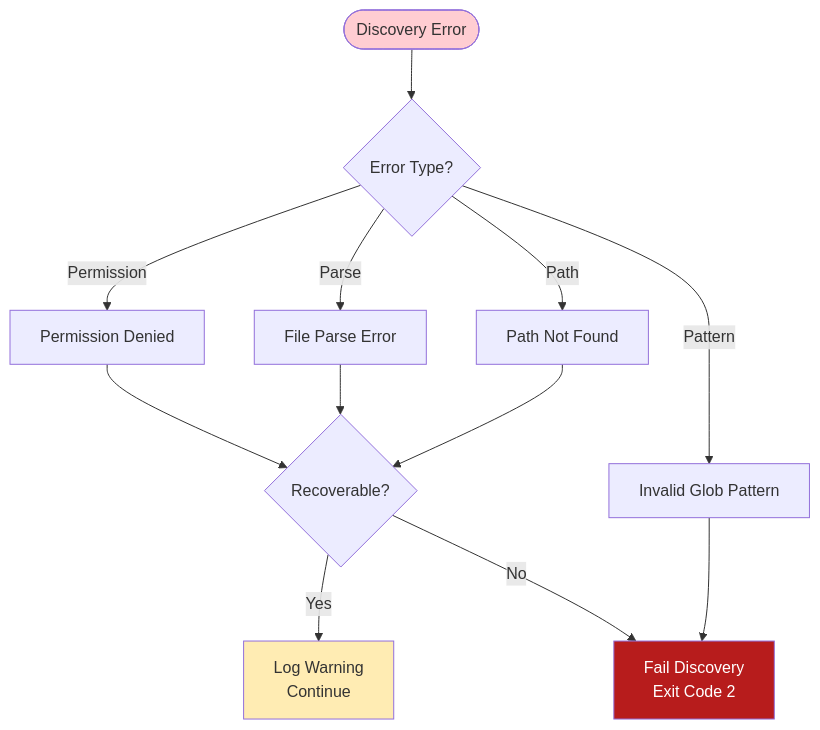
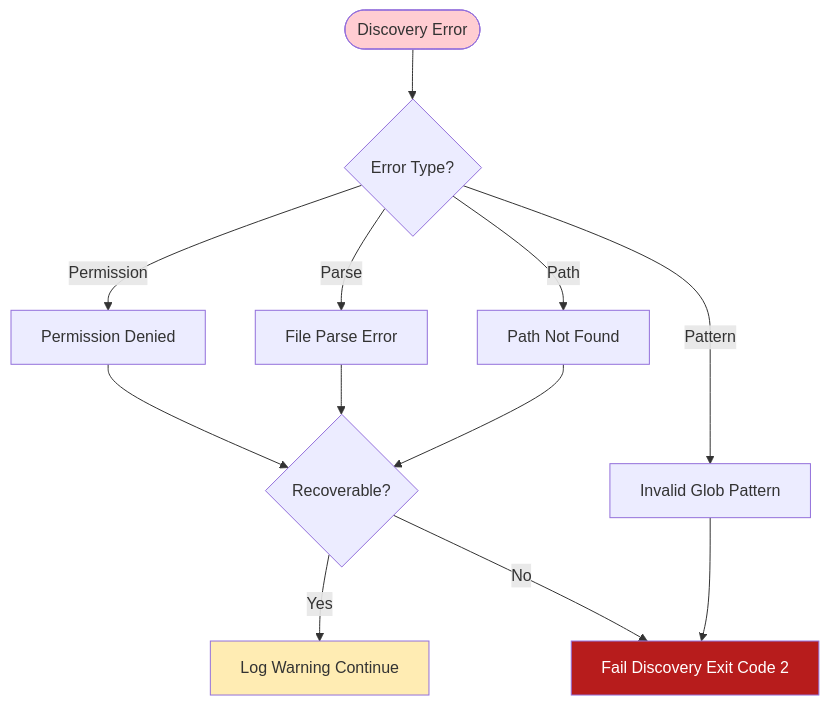
Before and after one commit to softwarewrighter/ui-test-rs: diagram 13 of 15 in wiki/Test-Loader.md, drawn with Mermaid. The commit also changed other lines of this file and 10 other files, not shown here.

First line of the commit message:
Fix wiki Mermaid diagrams: remove <br/> tags

````diff
--- a/wiki/Test-Loader.md
+++ b/wiki/Test-Loader.md
@@ -487,34 +487,34 @@
 ```mermaid
 flowchart TB
     Error([Discovery Error])
     Type{Error Type?}
 
     PathNotFound[Path Not Found]
     InvalidPattern[Invalid Glob Pattern]
     ParseError[File Parse Error]
     PermissionDenied[Permission Denied]
 
     Recover{Recoverable?}
 
-    LogWarning[Log Warning<br/>Continue]
-    FailDiscovery[Fail Discovery<br/>Exit Code 2]
+    LogWarning[Log Warning Continue]
+    FailDiscovery[Fail Discovery Exit Code 2]
 
     Error --> Type
 
     Type -->|Path| PathNotFound
     Type -->|Pattern| InvalidPattern
     Type -->|Parse| ParseError
     Type -->|Permission| PermissionDenied
 
     PathNotFound --> Recover
     InvalidPattern --> FailDiscovery
     ParseError --> Recover
     PermissionDenied --> Recover
 
     Recover -->|Yes| LogWarning
     Recover -->|No| FailDiscovery
 
     style Error fill:#ffcdd2
     style FailDiscovery fill:#b71c1c,color:#fff
     style LogWarning fill:#ffecb3
 ```
````
